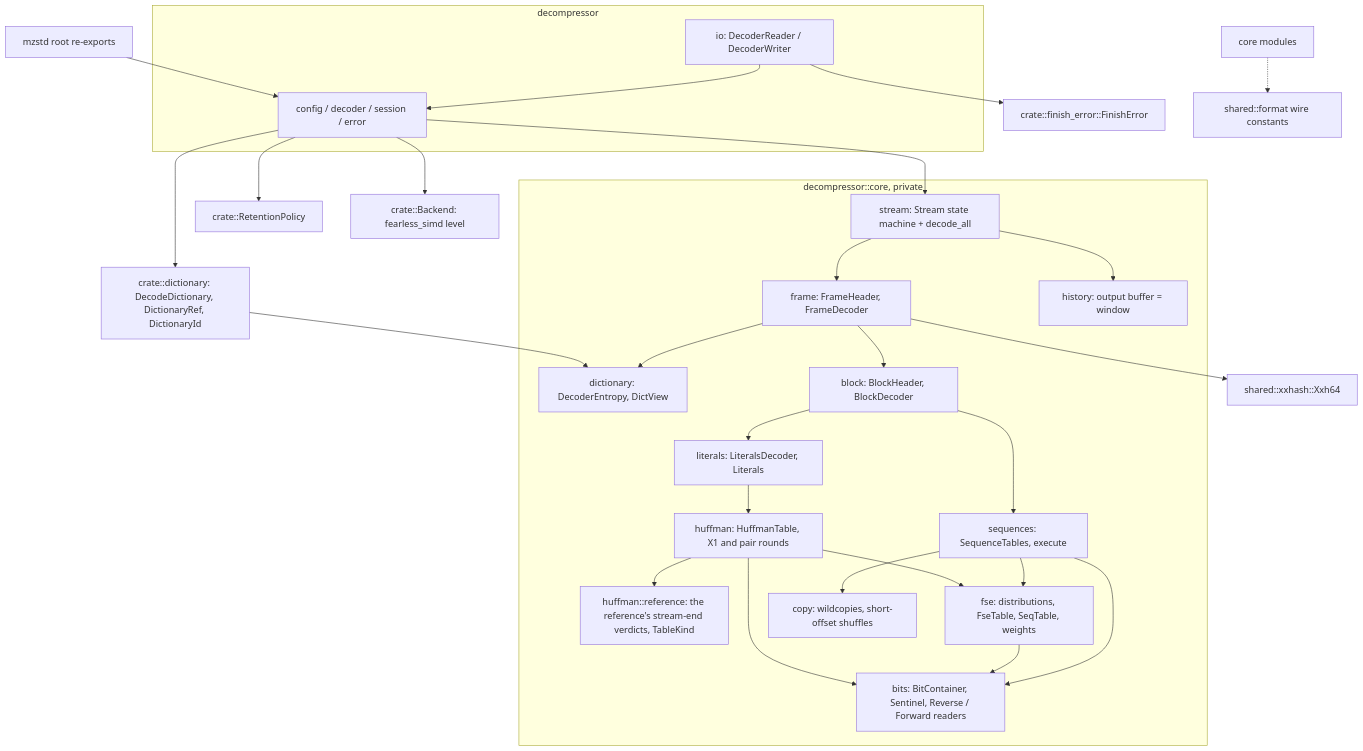
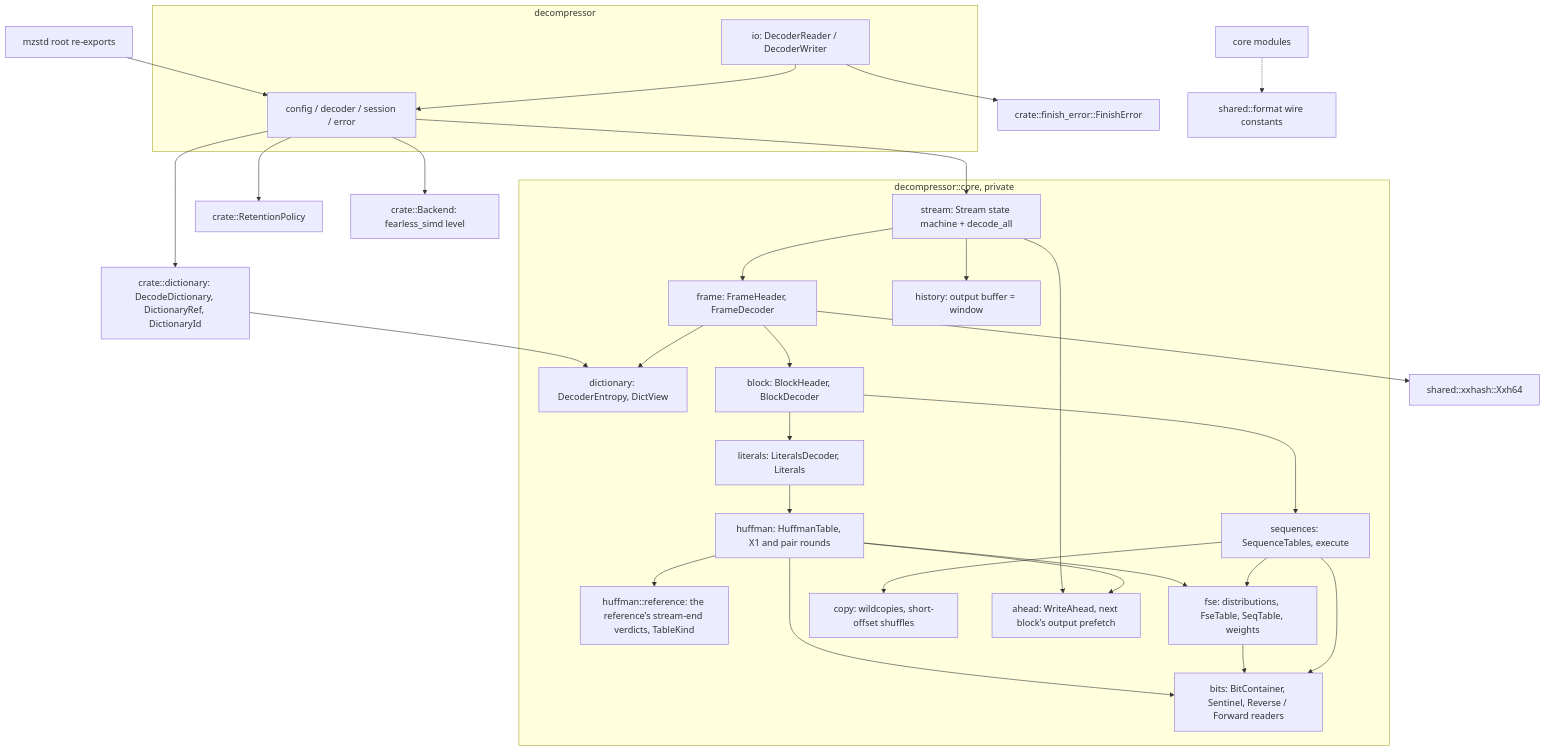
The first of 11 diagrams in architecture/decompressor.md (M-Compressors/mzstd), drawn with Mermaid before and after one commit. The commit also changed other lines of this file and 390 other files, not shown here.

````diff
--- a/architecture/decompressor.md
+++ b/architecture/decompressor.md
@@ -22,33 +22,35 @@
 ```mermaid
 graph TD
     Lib[mzstd root re-exports] --> API
     subgraph public[decompressor]
         API[config / decoder / session / error]
         IO[io: DecoderReader / DecoderWriter]
     end
     IO --> API
     IO --> Finish[crate::finish_error::FinishError]
     API --> Retention[crate::RetentionPolicy]
     API --> Stream
     API --> Dict["crate::dictionary: DecodeDictionary, DictionaryRef, DictionaryId"]
     Dict --> DCore
     subgraph core[decompressor::core, private]
         Stream[stream: Stream state machine + decode_all] --> Frame[frame: FrameHeader, FrameDecoder]
         Stream --> History[history: output buffer = window]
         Frame --> DCore[dictionary: DecoderEntropy, DictView]
         Frame --> Block[block: BlockHeader, BlockDecoder]
         Block --> Literals[literals: LiteralsDecoder, Literals]
         Block --> Sequences[sequences: SequenceTables, execute]
         Literals --> Huffman[huffman: HuffmanTable, X1 and pair rounds]
         Huffman --> HufRef["huffman::reference: the reference's stream-end verdicts, TableKind"]
         Huffman --> Fse[fse: distributions, FseTable, SeqTable, weights]
         Sequences --> Fse
         Sequences --> Copy[copy: wildcopies, short-offset shuffles]
         Huffman --> Bits[bits: BitContainer, Sentinel, Reverse / Forward readers]
+        Stream --> Ahead[ahead: WriteAhead, next block's output prefetch]
+        Huffman --> Ahead
         Fse --> Bits
         Sequences --> Bits
     end
     API --> Backend[crate::Backend: fearless_simd level]
     Frame --> Xxh[shared::xxhash::Xxh64]
     Core2[core modules] -.-> Format[shared::format wire constants]
 ```
````
